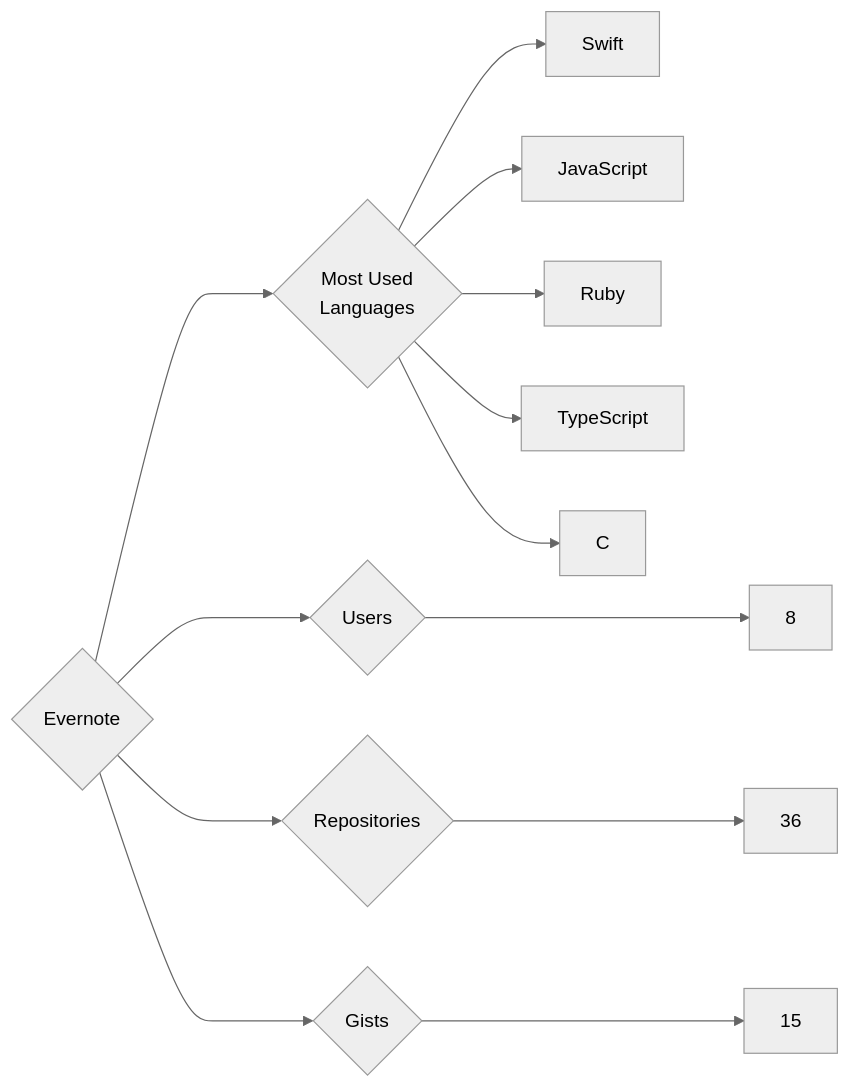
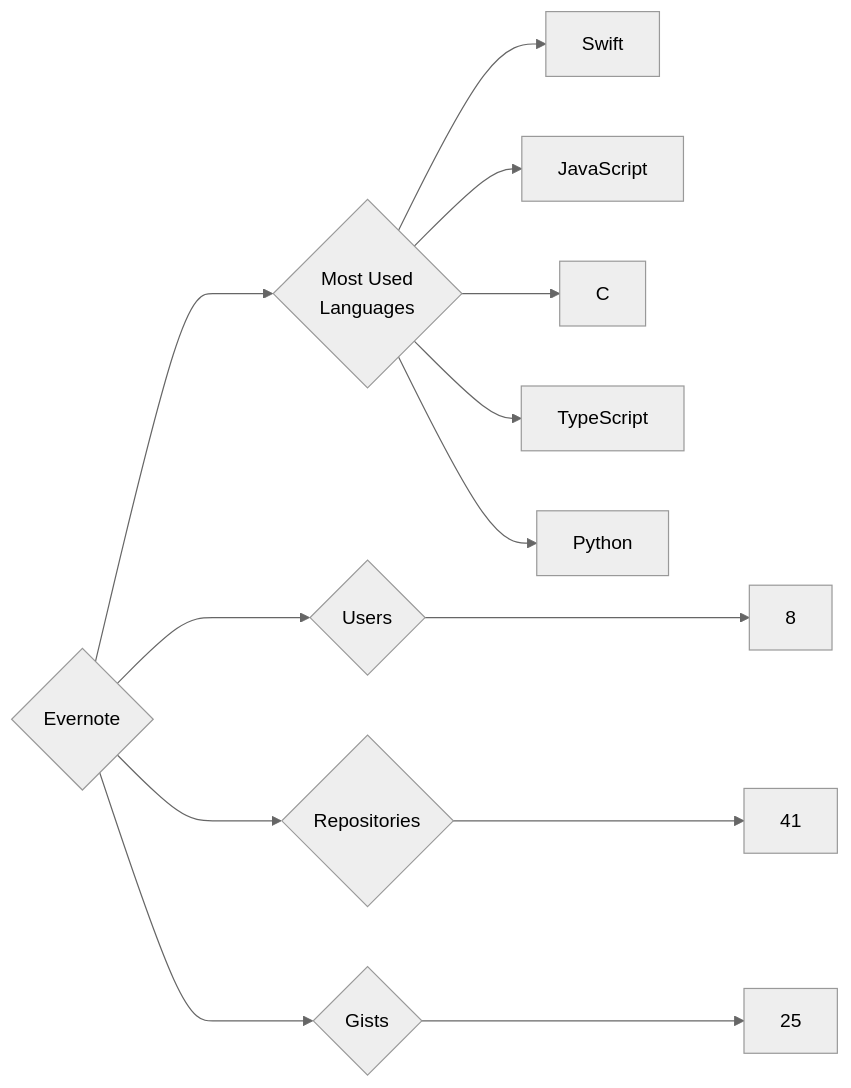
Before and after one commit to trickest/insiders: the diagram in targets/Evernote/README.md, drawn with Mermaid (neutral theme). The commit also changed 1120 other files, not shown here.

````diff
--- a/targets/Evernote/README.md
+++ b/targets/Evernote/README.md
@@ -3,13 +3,13 @@
 ```mermaid
 graph LR
 COMPANY_NAME{Evernote}
 COMPANY_NAME ---> U{Users} ---> UN[8]
-COMPANY_NAME ---> R{Repositories} ---> RN[36]
-COMPANY_NAME ---> G{Gists} ---> GN[15]
+COMPANY_NAME ---> R{Repositories} ---> RN[41]
+COMPANY_NAME ---> G{Gists} ---> GN[25]
 COMPANY_NAME ---> ML{Most Used<br>Languages}
 ML --> Swift[Swift]
 ML --> JavaScript[JavaScript]
-ML --> Ruby[Ruby]
+ML --> C[C]
 ML --> TypeScript[TypeScript]
-ML --> C[C]
+ML --> Python[Python]
 ```
````
